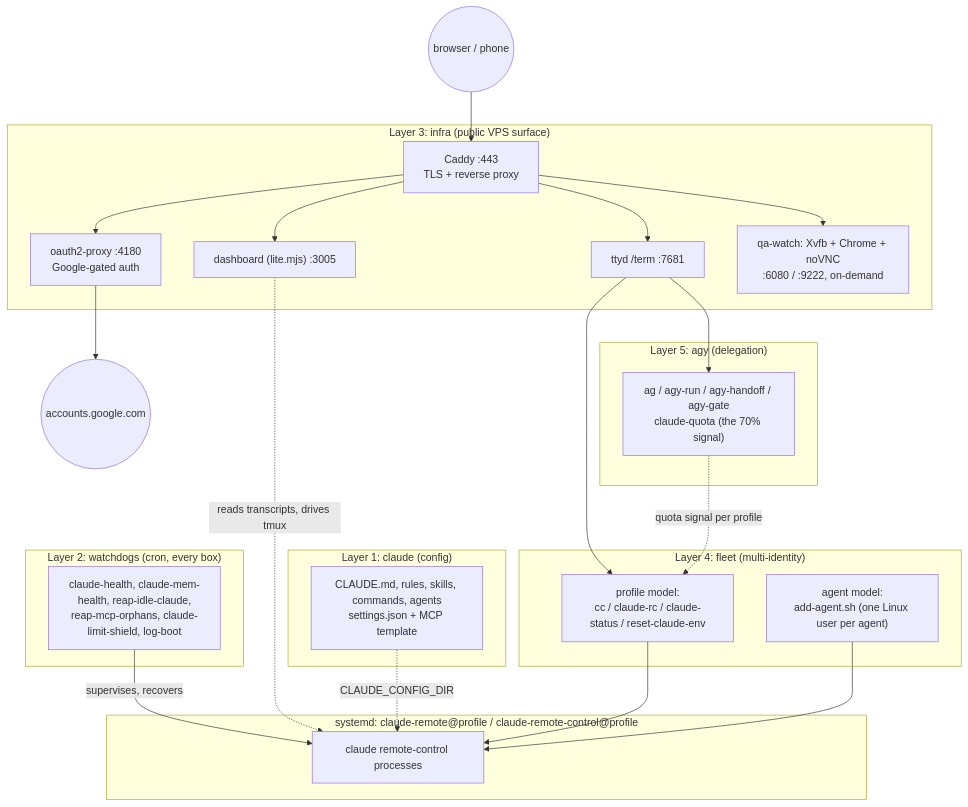
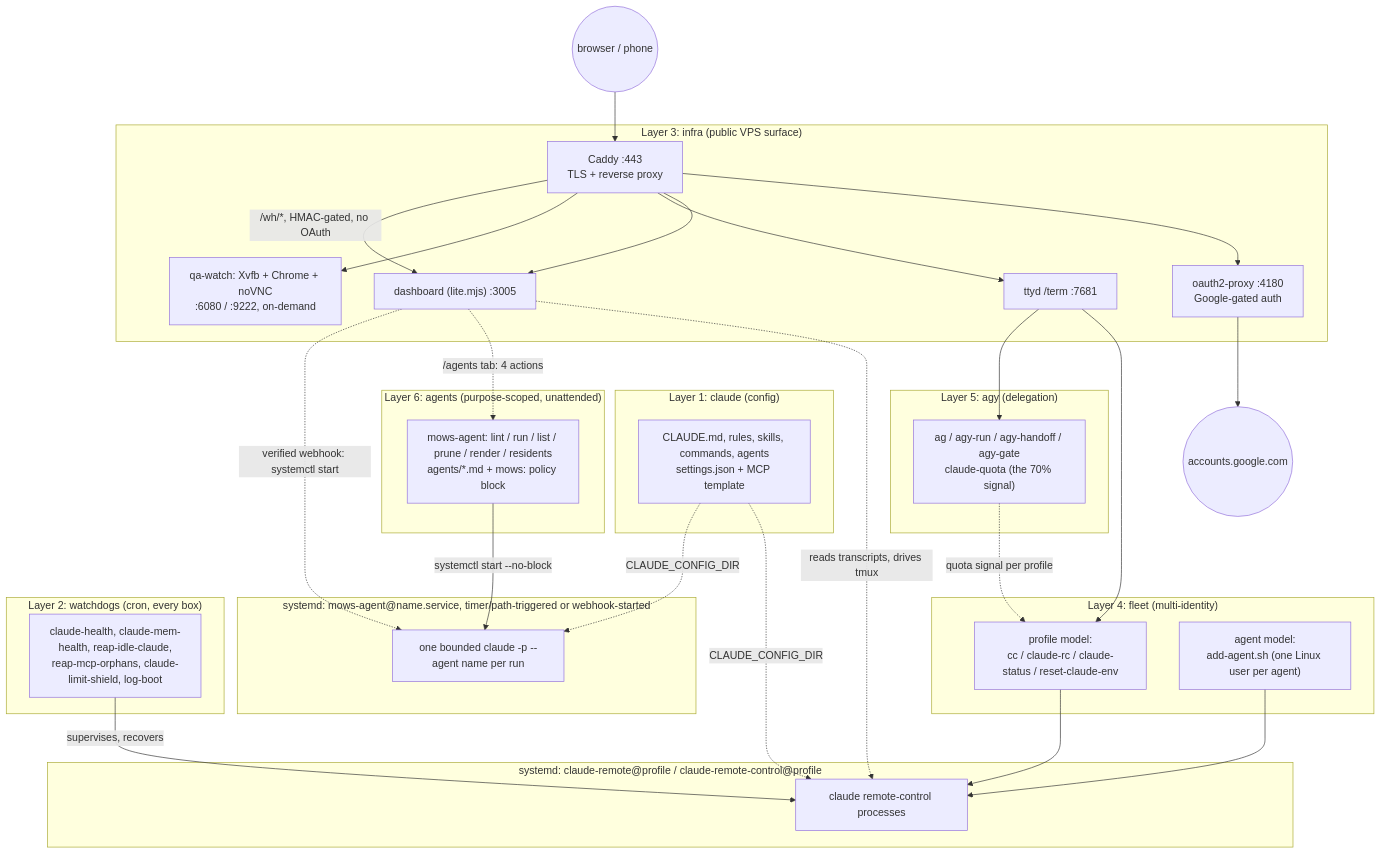
Before and after one commit to alhe99/mows-harness: the diagram in README.md, drawn with Mermaid. The commit also changed other lines of this file and 6 other files, not shown here.

````diff
--- a/README.md
+++ b/README.md
@@ -369,47 +379,60 @@
 ```mermaid
 flowchart TB
     subgraph Layer1["Layer 1: claude (config)"]
         CFG["CLAUDE.md, rules, skills, commands, agents<br/>settings.json + MCP template"]
     end
 
     subgraph Layer4["Layer 4: fleet (multi-identity)"]
         PROFILE["profile model:<br/>cc / claude-rc / claude-status / reset-claude-env"]
         AGENT["agent model:<br/>add-agent.sh (one Linux user per agent)"]
     end
 
     subgraph Layer5["Layer 5: agy (delegation)"]
         AGY["ag / agy-run / agy-handoff / agy-gate<br/>claude-quota (the 70% signal)"]
     end
 
+    subgraph Layer6["Layer 6: agents (purpose-scoped, unattended)"]
+        MAGENT["mows-agent: lint / run / list / prune / render / residents<br/>agents/*.md + mows: policy block"]
+    end
+
     subgraph RCUNITS["systemd: claude-remote@profile / claude-remote-control@profile"]
         RC["claude remote-control processes"]
+    end
+
+    subgraph AGENTUNIT["systemd: mows-agent@name.service, timer/path-triggered or webhook-started"]
+        ARUN["one bounded claude -p --agent name per run"]
     end
 
     subgraph Layer2["Layer 2: watchdogs (cron, every box)"]
         WD["claude-health, claude-mem-health, reap-idle-claude,<br/>reap-mcp-orphans, claude-limit-shield, log-boot"]
     end
 
     subgraph Layer3["Layer 3: infra (public VPS surface)"]
         CADDY["Caddy :443<br/>TLS + reverse proxy"]
         OAUTH["oauth2-proxy :4180<br/>Google-gated auth"]
         DASH["dashboard (lite.mjs) :3005"]
         TERM["ttyd /term :7681"]
         WATCH["qa-watch: Xvfb + Chrome + noVNC<br/>:6080 / :9222, on-demand"]
     end
 
     Browser(("browser / phone")) --> CADDY
     CADDY --> OAUTH
     OAUTH --> Google(("accounts.google.com"))
     CADDY --> DASH
     CADDY --> TERM
     CADDY --> WATCH
 
     CFG -.->|CLAUDE_CONFIG_DIR| RC
     PROFILE --> RC
     AGENT --> RC
     TERM --> PROFILE
     TERM --> AGY
     AGY -.->|quota signal per profile| PROFILE
     DASH -.->|reads transcripts, drives tmux| RC
     WD -->|supervises, recovers| RC
+    MAGENT -->|systemctl start --no-block| ARUN
+    CFG -.->|CLAUDE_CONFIG_DIR| ARUN
+    DASH -.->|/agents tab: 4 actions| MAGENT
+    CADDY -->|/wh/*, HMAC-gated, no OAuth| DASH
+    DASH -.->|verified webhook: systemctl start| ARUN
 ```
````
